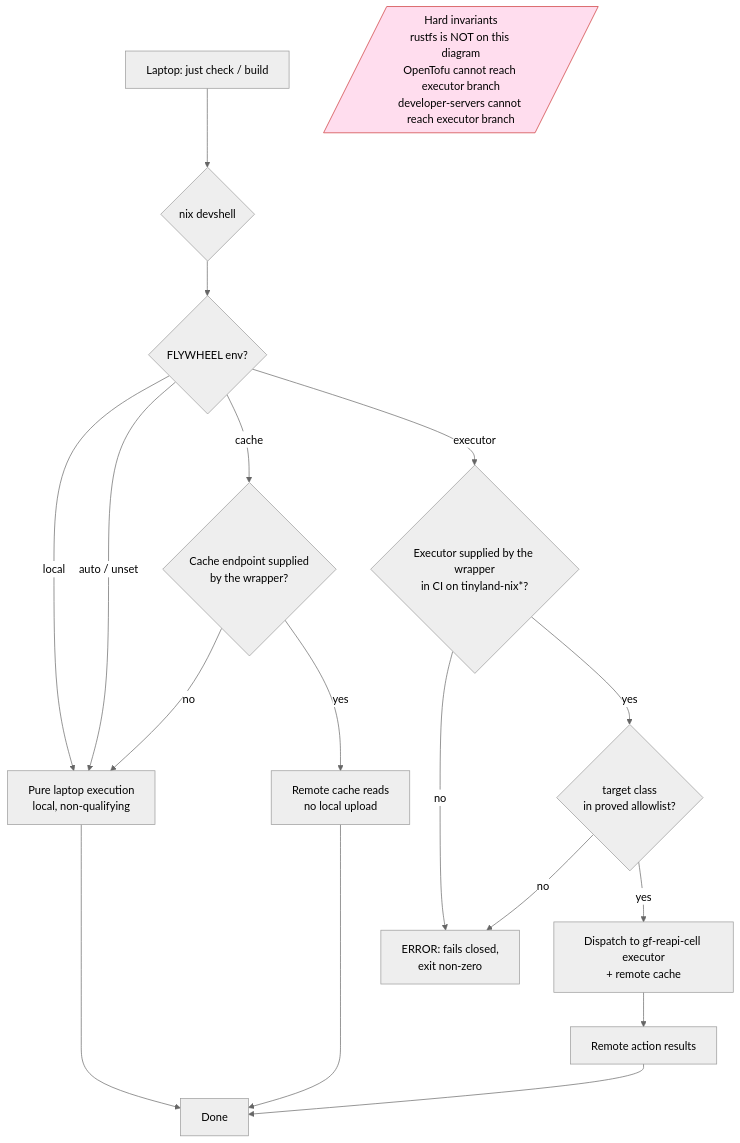
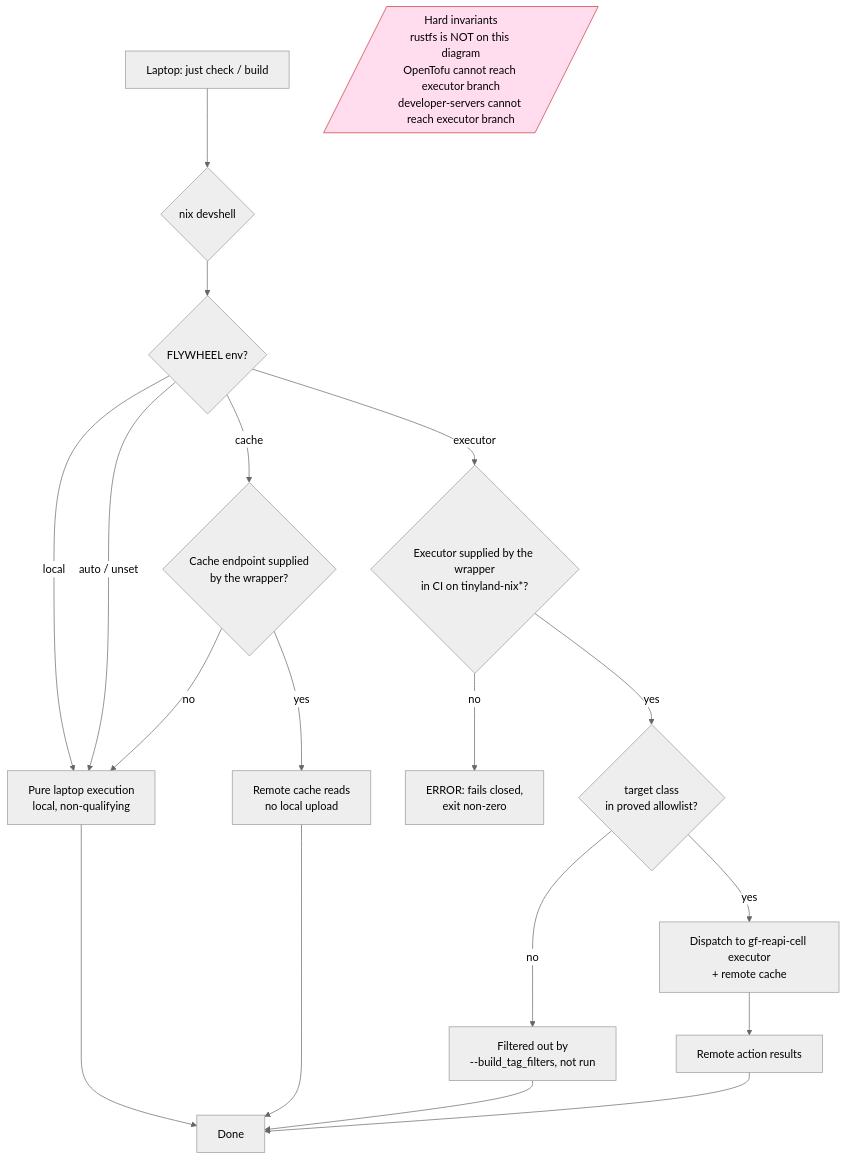
One commit to Jesssullivan/darkmap.phasi.space changed the second of 2 diagrams in docs/CI-SCHEMA.md. Above: the diagram before and after it, drawn with Mermaid (neutral theme). The commit also changed 2 other files, not shown here.

Commit message:
docs(bazel): flywheel configs need a wrapper endpoint (TIN-5770)
AGENTS.md no longer says --config=flywheel[-executor] works when cluster
cache DNS is stable. The fragment carries no endpoint: flywheel needs a
wrapper --remote_cache and runs local without one. flywheel-executor
needs a wrapper --remote_executor and fails closed without one.

CI-SCHEMA flowchart: a target outside the allowlist is filtered out by
--build_tag_filters, not an error. The test-local comment drops the
cluster cache reachability claim.

Ruling: R471 (Linear TIN-5770).
Huskycat-Receipt: v1;spec=e36b2ab282bbe840e25bc8fead5b035a6014442eef912f604b0aa8b65db1ceed;tiers=t0,t1;blobs=e3b0c44298fc1c149afbf4c8996fb92427ae41e4649b934ca495991b7852b855;pending=none;host=sting

````diff
--- a/docs/CI-SCHEMA.md
+++ b/docs/CI-SCHEMA.md
@@ -584,22 +584,23 @@
 ```mermaid
 flowchart TD
   A[Laptop: just check / build] --> B{nix devshell}
   B --> C{FLYWHEEL env?}
   C -->|local| D[Pure laptop execution<br/>local, non-qualifying]
   C -->|auto / unset| D
   C -->|cache| E{Cache endpoint supplied<br/>by the wrapper?}
   E -->|no| D
   E -->|yes| I[Remote cache reads<br/>no local upload]
   C -->|executor| G{Executor supplied by the wrapper<br/>in CI on tinyland-nix*?}
   G -->|no| K[ERROR: fails closed,<br/>exit non-zero]
   G -->|yes| J{target class<br/>in proved allowlist?}
-  J -->|no| K
+  J -->|no| F[Filtered out by<br/>--build_tag_filters, not run]
   J -->|yes| L[Dispatch to gf-reapi-cell executor<br/>+ remote cache]
   L --> M[Remote action results]
   I --> N
+  F --> N
   D --> N[Done]
   M --> N
 
   classDef invariant fill:#fde,stroke:#c33,color:#000
   X[/Hard invariants<br/>rustfs is NOT on this diagram<br/>OpenTofu cannot reach executor branch<br/>developer-servers cannot reach executor branch/]:::invariant
 ```
````
